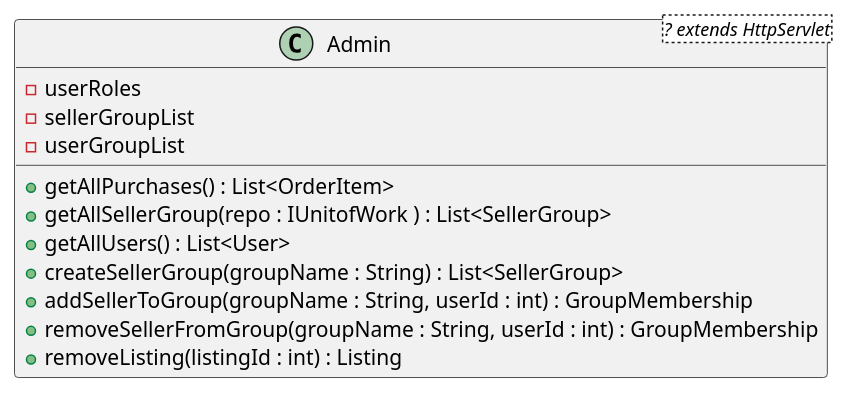
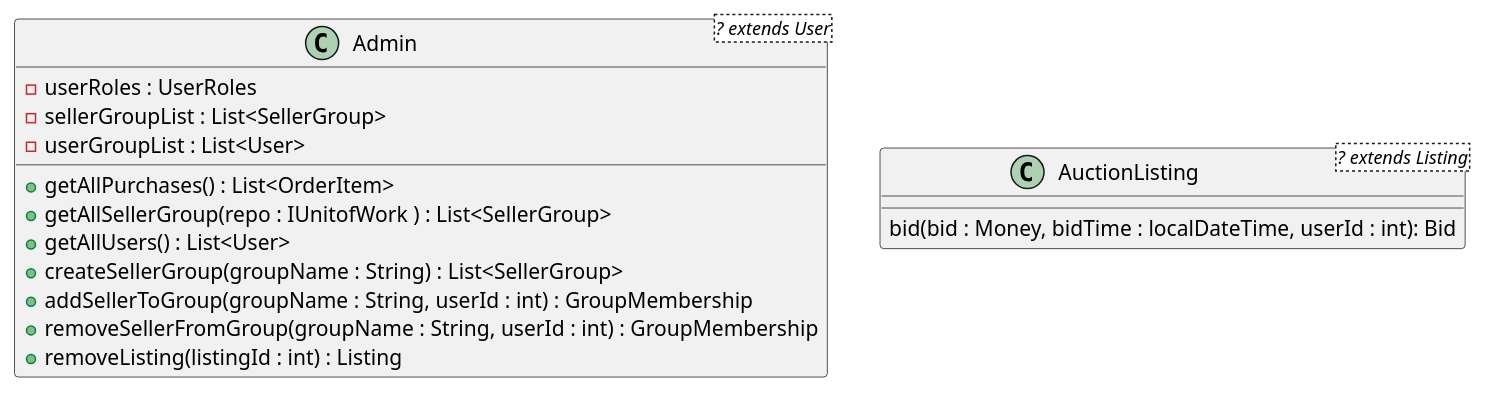
The diagram in docs/part3/classDiagram.plantuml (SWEN900072022/TeamZeroMarketPlaceBackEnd), drawn with PlantUML before and after one commit.

Commit message:
added AuctionListing to uml diagram

```diff
--- a/docs/part3/classDiagram.plantuml
+++ b/docs/part3/classDiagram.plantuml
@@ -1,22 +1,25 @@
 @startuml
 
 'Admin class
-class Admin<? extends HttpServlet> {
-    - userRoles
-    - sellerGroupList
-    - userGroupList
+class Admin<? extends User> {
+    - userRoles : UserRoles
+    - sellerGroupList : List<SellerGroup>
+    - userGroupList : List<User>
     {method} + getAllPurchases() : List<OrderItem>
     {method} + getAllSellerGroup(repo : IUnitofWork ) : List<SellerGroup>
     {method} + getAllUsers() : List<User>
     {method} + createSellerGroup(groupName : String) : List<SellerGroup>
     {method} + addSellerToGroup(groupName : String, userId : int) : GroupMembership
     {method} + removeSellerFromGroup(groupName : String, userId : int) : GroupMembership
     {method} + removeListing(listingId : int) : Listing
 }
 'AuctionListing class
+class AuctionListing<? extends Listing> {
+    {method} bid(bid : Money, bidTime : localDateTime, userId : int): Bid
+}
 'Bid Class
 'Customer Class
 'Filter Class
 'FixedPriceListing Class
 '
 @enduml
```
